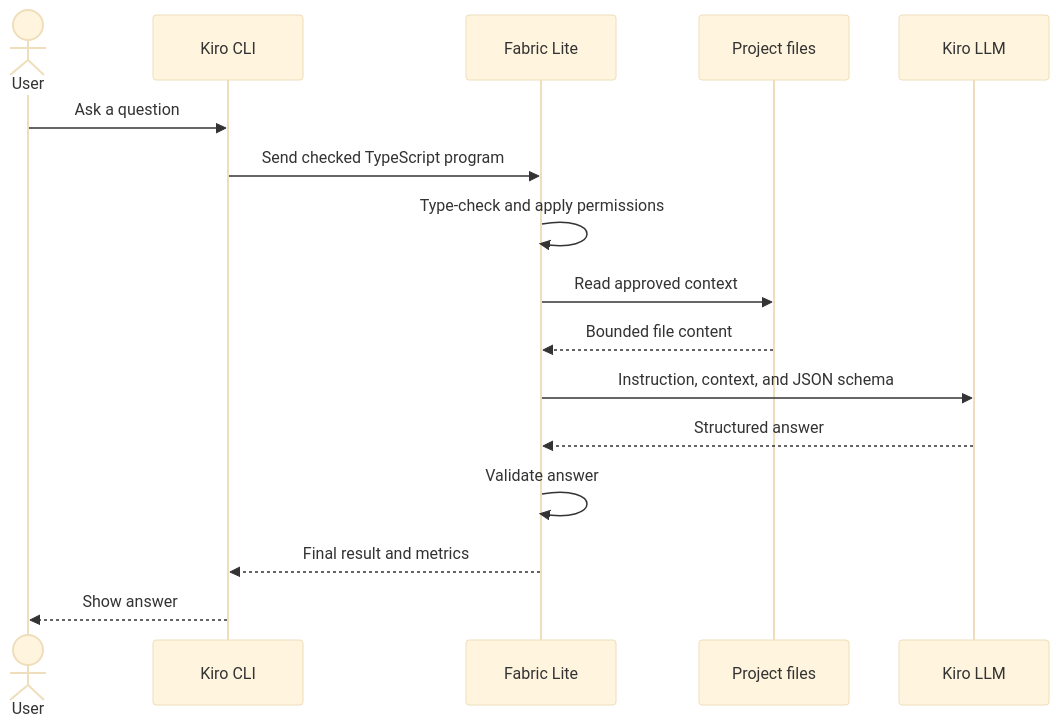
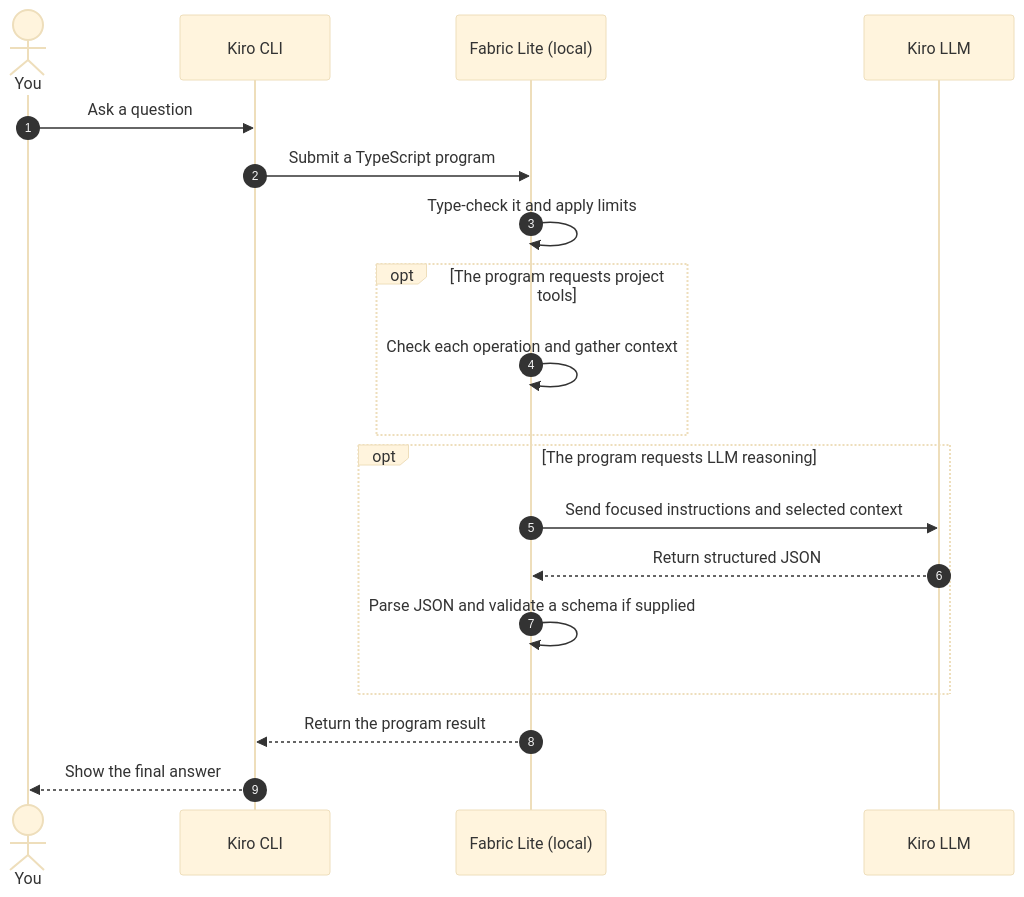
One commit to asx8678/kiro-fabric changed the diagram in README.md. Above: the diagram before and after it, drawn with Mermaid (base theme). The commit also changed other lines of this file and 12 other files, not shown here.

````diff
--- a/README.md
+++ b/README.md
@@ -131,19 +83,25 @@
 ```mermaid
 sequenceDiagram
-    actor User
+    autonumber
+    actor You
     participant Kiro as Kiro CLI
-    participant Fabric as Fabric Lite
-    participant Project as Project files
+    participant Fabric as Fabric Lite (local)
     participant LLM as Kiro LLM
 
-    User->>Kiro: Ask a question
-    Kiro->>Fabric: Send checked TypeScript program
-    Fabric->>Fabric: Type-check and apply permissions
-    Fabric->>Project: Read approved context
-    Project-->>Fabric: Bounded file content
-    Fabric->>LLM: Instruction, context, and JSON schema
-    LLM-->>Fabric: Structured answer
-    Fabric->>Fabric: Validate answer
-    Fabric-->>Kiro: Final result and metrics
-    Kiro-->>User: Show answer
+    You->>Kiro: Ask a question
+    Kiro->>Fabric: Submit a TypeScript program
+    Fabric->>Fabric: Type-check it and apply limits
+
+    opt The program requests project tools
+        Fabric->>Fabric: Check each operation and gather context
+    end
+
+    opt The program requests LLM reasoning
+        Fabric->>LLM: Send focused instructions and selected context
+        LLM-->>Fabric: Return structured JSON
+        Fabric->>Fabric: Parse JSON and validate a schema if supplied
+    end
+
+    Fabric-->>Kiro: Return the program result
+    Kiro-->>You: Show the final answer
 ```
````
